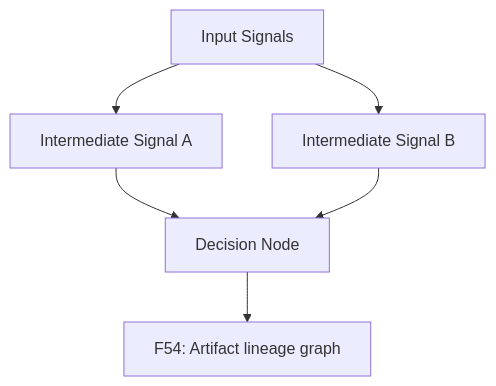
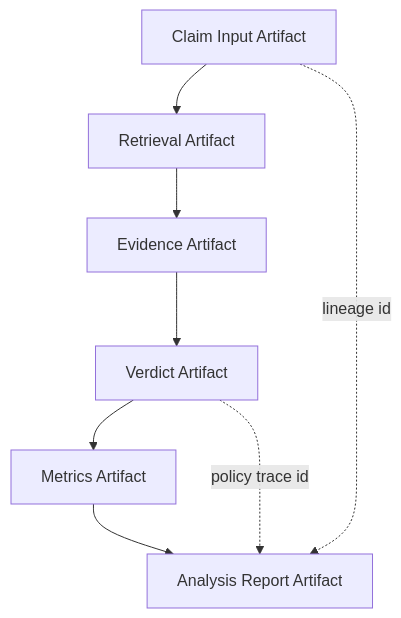
The first of 3 diagrams in methodology/figures/10-reproducibility-and-governance-pack.md (Luxia-AI/docs), drawn with Mermaid before and after one commit. The commit also changed other lines of this file and 9 other files, not shown here.

First line of the commit message:
Refactor methodology figures with updated Mermaid diagrams and enhanced clarity across multiple packs. Key changes include:

````diff
--- a/methodology/figures/10-reproducibility-and-governance-pack.md
+++ b/methodology/figures/10-reproducibility-and-governance-pack.md
@@ -16,8 +16,10 @@
 ```mermaid
-graph TD
-    A[Input Signals] --> B[Intermediate Signal A]
-    A --> C[Intermediate Signal B]
-    B --> D[Decision Node]
-    C --> D
-    D --> E[F54: Artifact lineage graph]
+flowchart TD
+  C[Claim Input Artifact] --> R[Retrieval Artifact]
+  R --> E[Evidence Artifact]
+  E --> V[Verdict Artifact]
+  V --> M[Metrics Artifact]
+  M --> A[Analysis Report Artifact]
+  C -. lineage id .-> A
+  V -. policy trace id .-> A
 ```
````
